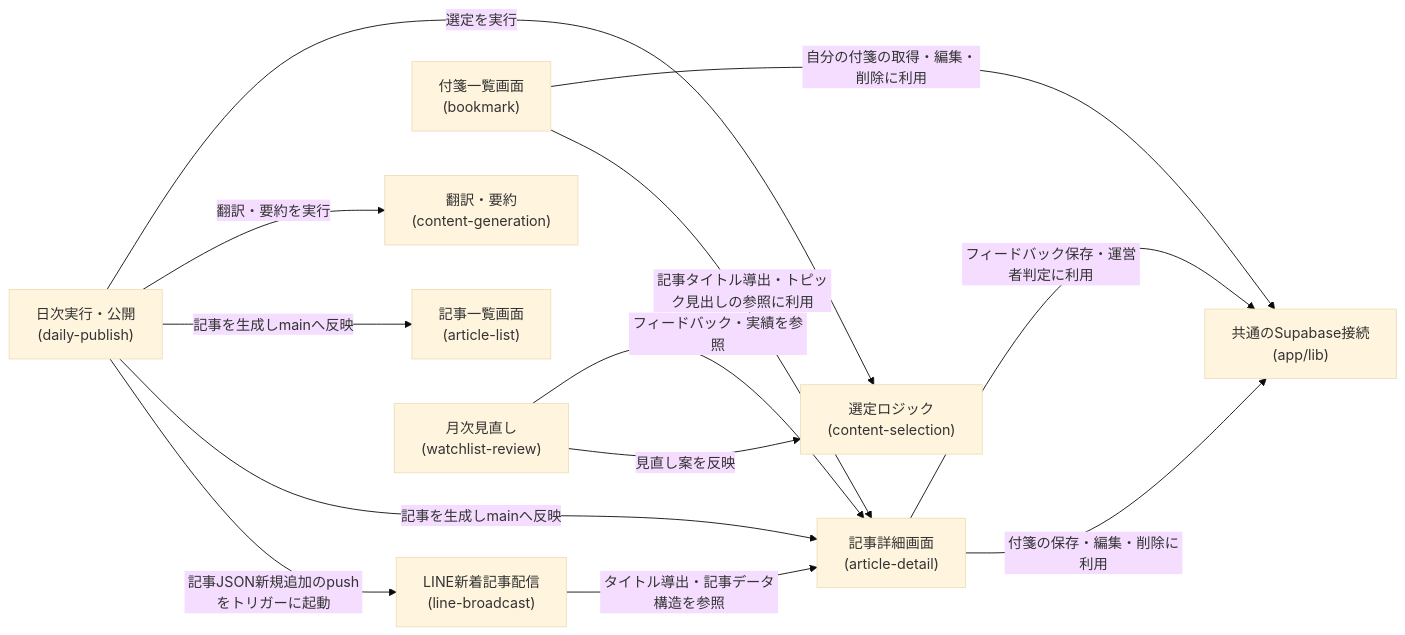
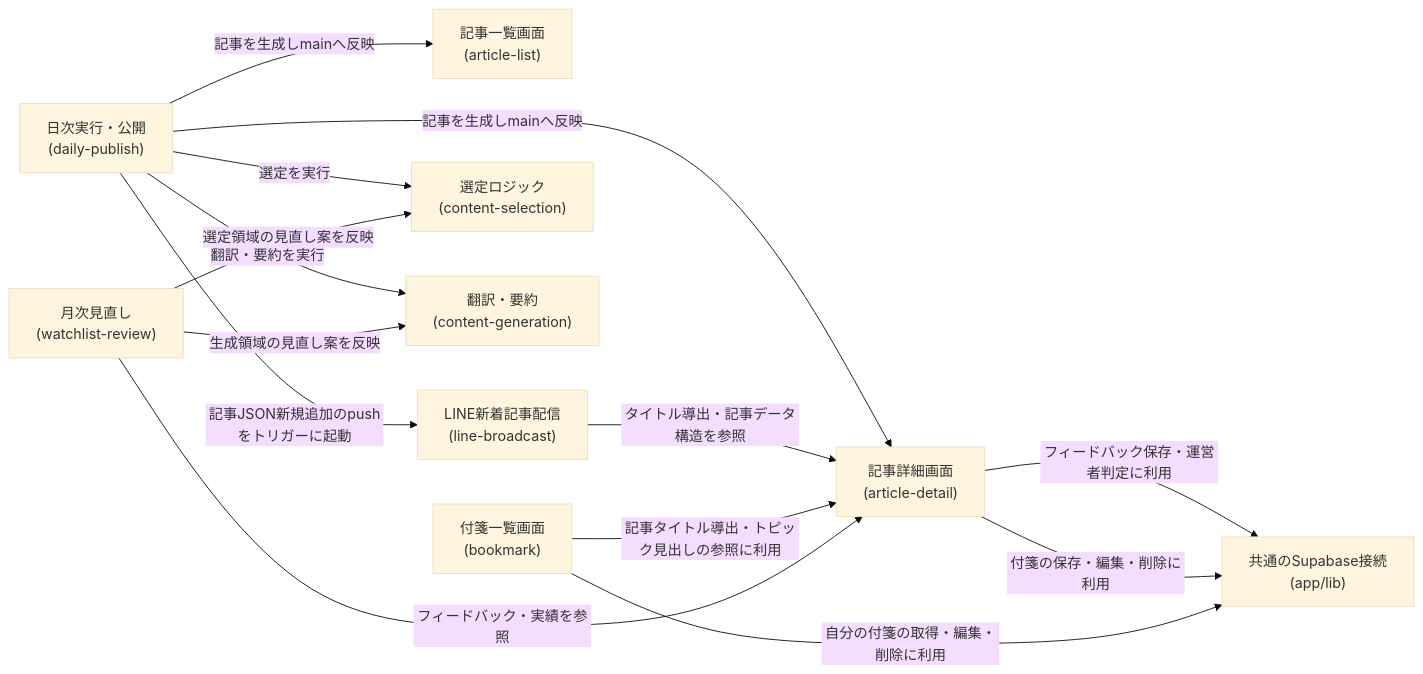
Before and after one commit to zakiyama0108/benriyatool: the fifth of 6 diagrams in specs/ai-dev-digest/architecture.md, drawn with Mermaid (base theme). The commit also changed other lines of this file and 5 other files, not shown here.

````diff
--- a/specs/ai-dev-digest/architecture.md
+++ b/specs/ai-dev-digest/architecture.md
@@ -129,25 +129,26 @@
 ```mermaid
 flowchart LR
     listScreen["記事一覧画面<br>(article-list)"]
     detailScreen["記事詳細画面<br>(article-detail)"]
     bookmarkScreen["付箋一覧画面<br>(bookmark)"]
     selection["選定ロジック<br>(content-selection)"]
     generation["翻訳・要約<br>(content-generation)"]
     publish["日次実行・公開<br>(daily-publish)"]
     broadcast["LINE新着記事配信<br>(line-broadcast)"]
     review["月次見直し<br>(watchlist-review)"]
     client["共通のSupabase接続<br>(app/lib)"]
 
     publish -->|選定を実行| selection
     publish -->|翻訳・要約を実行| generation
     publish -->|記事を生成しmainへ反映| listScreen
     publish -->|記事を生成しmainへ反映| detailScreen
     publish -->|記事JSON新規追加のpushをトリガーに起動| broadcast
     broadcast -->|タイトル導出・記事データ構造を参照| detailScreen
     detailScreen -->|フィードバック保存・運営者判定に利用| client
     detailScreen -->|付箋の保存・編集・削除に利用| client
     bookmarkScreen -->|自分の付箋の取得・編集・削除に利用| client
     bookmarkScreen -->|記事タイトル導出・トピック見出しの参照に利用| detailScreen
     review -->|フィードバック・実績を参照| detailScreen
-    review -->|見直し案を反映| selection
+    review -->|選定領域の見直し案を反映| selection
+    review -->|生成領域の見直し案を反映| generation
 ```
````
